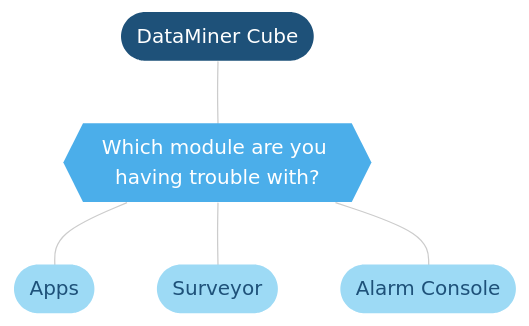
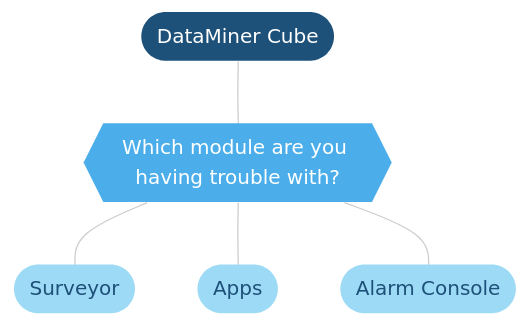
Before and after one commit to SkylineCommunications/dataminer-docs: the diagram in user-guide/Troubleshooting/Troubleshooting_Flowcharts/Troubleshooting_Identify_Per_Module/Troubleshooting_Identify_Per_Module.md, drawn with Mermaid (neutral theme). The commit also changed other lines of this file and 1 other file, not shown here.

Commit message:
Surveyor

```diff
--- a/user-guide/Troubleshooting/Troubleshooting_Flowcharts/Troubleshooting_Identify_Per_Module/Troubleshooting_Identify_Per_Module.md
+++ b/user-guide/Troubleshooting/Troubleshooting_Flowcharts/Troubleshooting_Identify_Per_Module/Troubleshooting_Identify_Per_Module.md
@@ -12,31 +12,31 @@
 <div class="mermaid">
 flowchart TD
 %% Define styles %%
 linkStyle default stroke:#cccccc
 classDef classTerminal fill:#1e5179,stroke:#1e5179,color:#ffffff,stroke-width:0px;
 classDef classDecision fill:#4baeea,stroke:#4baeea,color:#ffffff,stroke-width:0px;
 classDef classExternalRef fill:#9ddaf5,stroke:#9ddaf5,color:#1E5179,stroke-width:0px;
 classDef classActionClickable fill:#999999,stroke:#999999,color:#ffffff,stroke-width:0px;
 classDef classAction fill:#dddddd,stroke:#dddddd,color:#1E5179,stroke-width:0px;
 classDef classSolution fill:#58595b,stroke:#58595b,color:#ffffff,stroke-width:0px;
 %% Define blocks %%
 START([DataMiner Cube])
 ModuleDefinition{{Which module are you having trouble with? }}
 Apps([Apps])
 Surveyor([Surveyor])
 AlarmConsole([Alarm Console])
 %% Connect blocks %%
 START --- ModuleDefinition
+ModuleDefinition --- Surveyor
 ModuleDefinition --- Apps
-ModuleDefinition --- Surveyor
 ModuleDefinition --- AlarmConsole
 %% Define hyperlinks %%
 click Apps "https://docs.dataminer.services/user-guide/Troubleshooting/Troubleshooting_Flowcharts/Troubleshooting_Identify_Per_Module/Apps/Troubleshooting_Apps.html" "Apps"
 click Surveyor "https://docs.dataminer.services/user-guide/Troubleshooting/Troubleshooting_Flowcharts/Troubleshooting_Identify_Per_Module/Surveyor/Troubleshooting_Surveyor.html/" "Surveyor"
 click AlarmConsole "https://docs.dataminer.services/user-guide/Troubleshooting/Troubleshooting_Flowcharts/Troubleshooting_Identify_Per_Module/Alarm_Console/Troubleshooting_Alarm_Console.html" "Alarm Console"
 %% Apply styles to blocks %%
 class START classTerminal;
 class AlarmConsole,Surveyor,Apps classExternalRef;
 %%class classActionClickable;
 class ModuleDefinition classDecision;
 </div>
```
